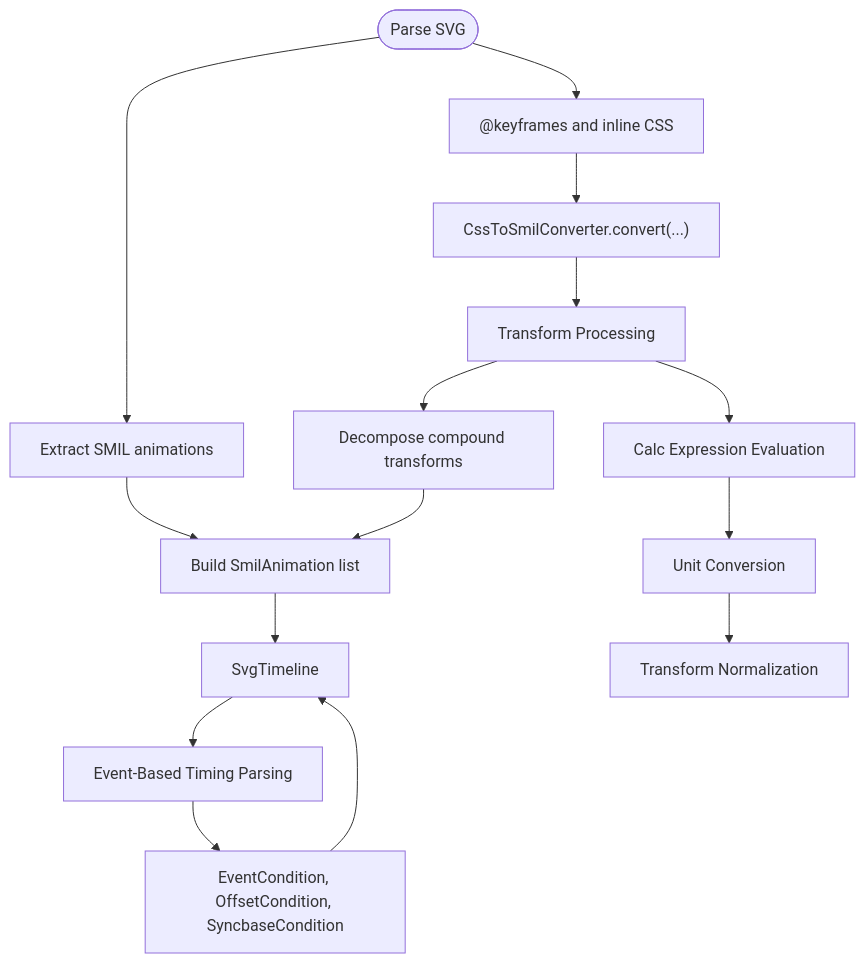
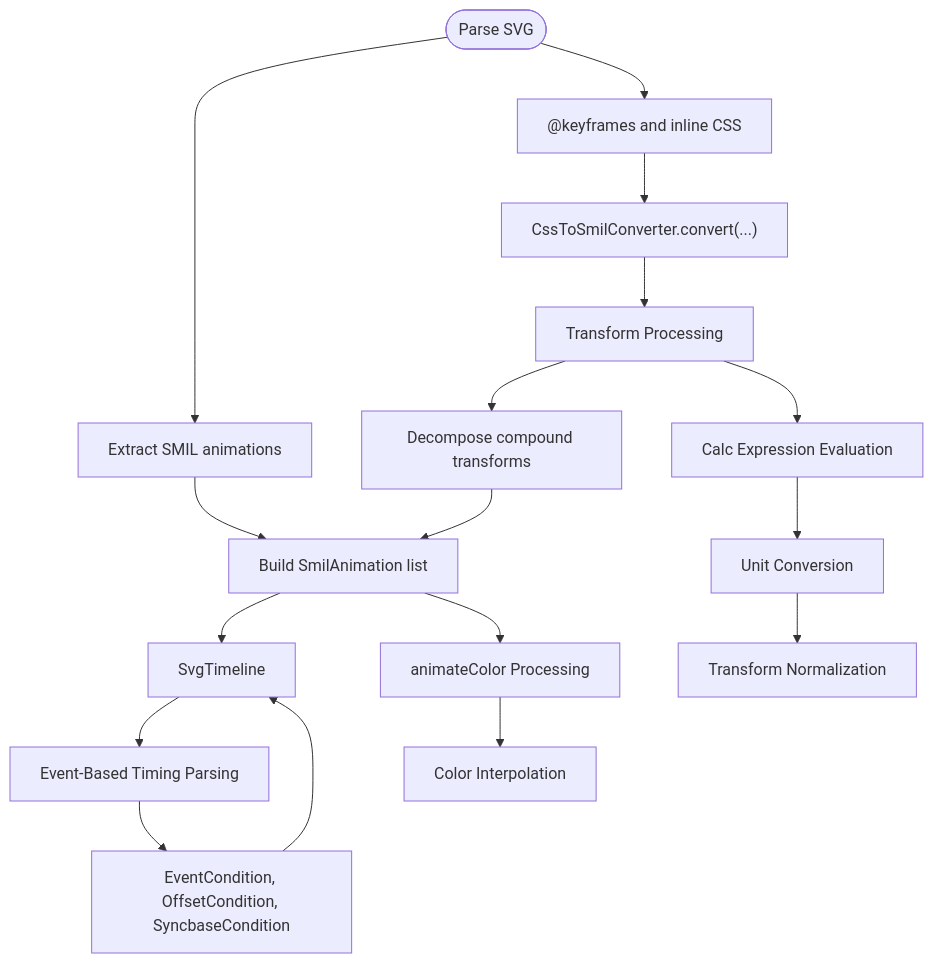
One commit to denisnadey/flutter_full_svg_support changed the third of 4 diagrams in .qoder/repowiki/en/content/API Reference/Animation APIs.md. Above: the diagram before and after it, drawn with Mermaid. The commit also changed other lines of this file and 10 other files, not shown here.

````diff
--- a/.qoder/repowiki/en/content/API Reference/Animation APIs.md
+++ b/.qoder/repowiki/en/content/API Reference/Animation APIs.md
@@ -381,17 +403,19 @@
 ```mermaid
 flowchart TD
 Start(["Parse SVG"]) --> ExtractSMIL["Extract SMIL animations"]
 Start --> ExtractCSS["@keyframes and inline CSS"]
 ExtractCSS --> Convert["CssToSmilConverter.convert(...)"]
 Convert --> TransformProcessing["Transform Processing"]
 TransformProcessing --> Decompose["Decompose compound transforms"]
 Decompose --> BuildSMIL["Build SmilAnimation list"]
 ExtractSMIL --> BuildSMIL
 BuildSMIL --> Timeline["SvgTimeline"]
 Timeline --> EventParsing["Event-Based Timing Parsing"]
 EventParsing --> EventConditions["EventCondition, OffsetCondition, SyncbaseCondition"]
 EventConditions --> Timeline
 TransformProcessing --> CalcEvaluation["Calc Expression Evaluation"]
 CalcEvaluation --> UnitConversion["Unit Conversion"]
 UnitConversion --> TransformNormalization["Transform Normalization"]
+BuildSMIL --> AnimateColor["animateColor Processing"]
+AnimateColor --> ColorInterpolation["Color Interpolation"]
 ```
````
